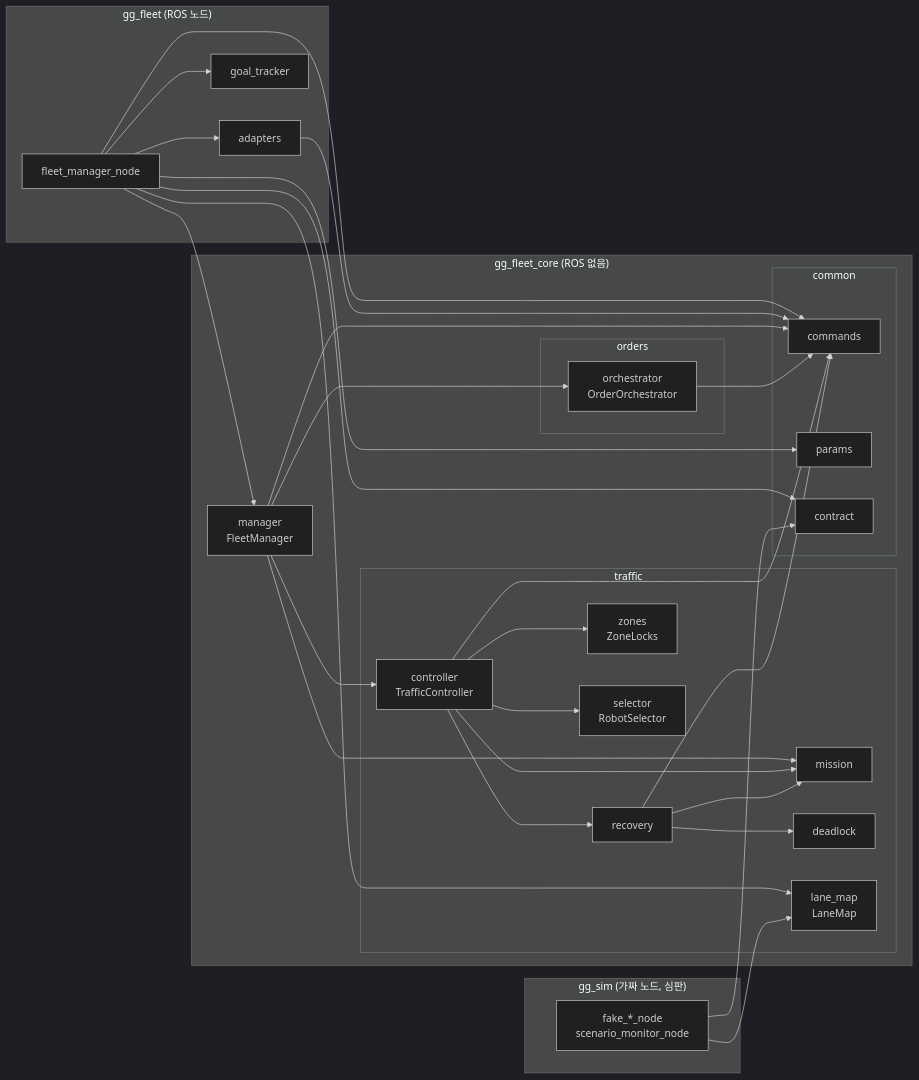
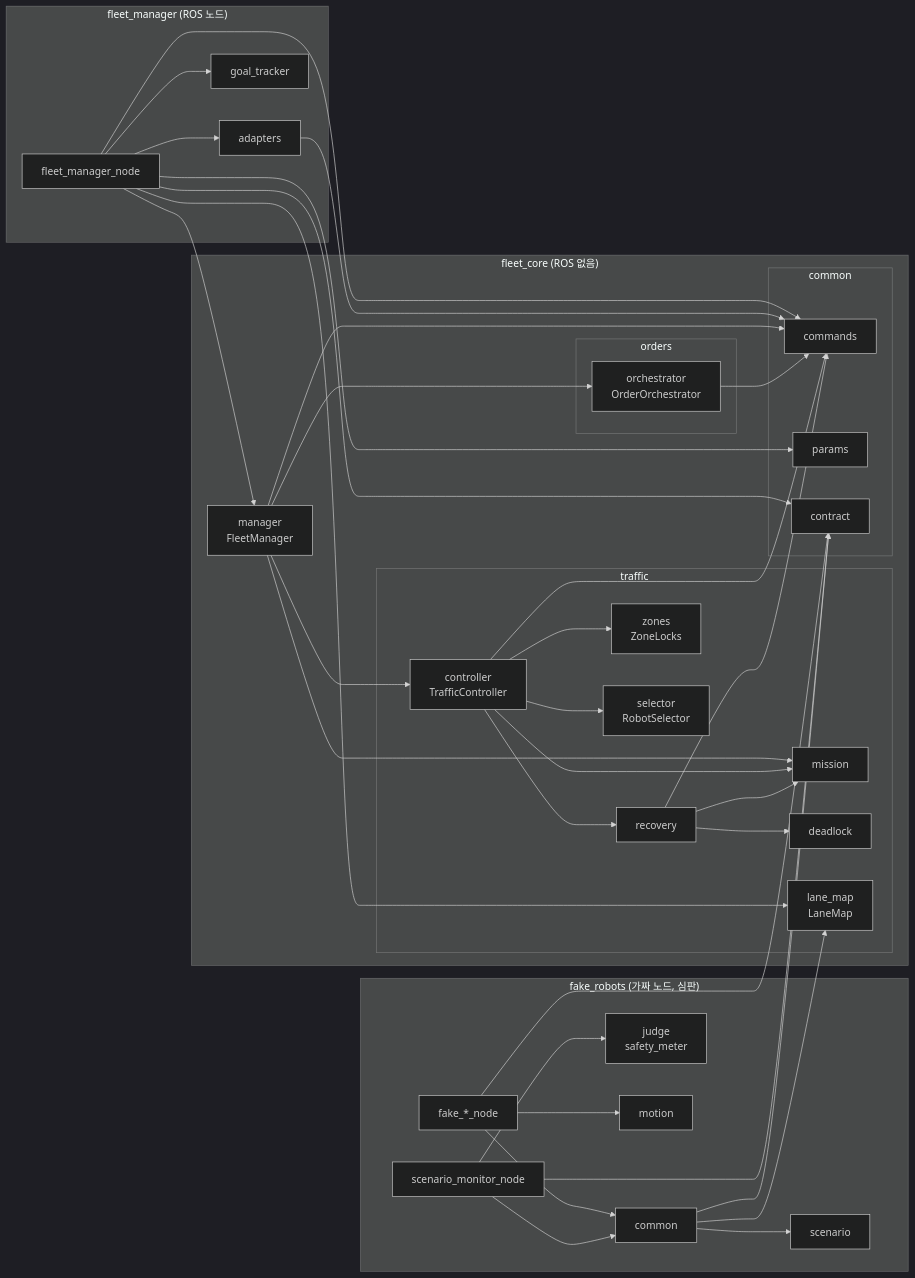
The first of 2 diagrams in README.md (PJW-1/roscamp-freefloor), drawn with Mermaid (dark theme) before and after one commit. The commit also changed other lines of this file and 207 other files, not shown here.

````diff
--- a/README.md
+++ b/README.md
@@ -13,38 +13,45 @@
 ```mermaid
 flowchart LR
-  subgraph fleet["gg_fleet (ROS 노드)"]
+  subgraph fleet["fleet_manager (ROS 노드)"]
     fmnode["fleet_manager_node"]
     adapters["adapters"]
     tracker["goal_tracker"]
   end
-  subgraph core["gg_fleet_core (ROS 없음)"]
+  subgraph core["fleet_core (ROS 없음)"]
     manager["manager<br/>FleetManager"]
     subgraph orders["orders"]
       orch["orchestrator<br/>OrderOrchestrator"]
     end
     subgraph traffic["traffic"]
       ctrl["controller<br/>TrafficController"]
       mission["mission"]
       recovery["recovery"]
       zones["zones<br/>ZoneLocks"]
       selector["selector<br/>RobotSelector"]
       deadlock["deadlock"]
       lanemap["lane_map<br/>LaneMap"]
     end
     subgraph common["common"]
       commands["commands"]
       params["params"]
       contract["contract"]
     end
   end
-  subgraph sim["gg_sim (가짜 노드, 심판)"]
-    fakes["fake_*_node<br/>scenario_monitor_node"]
+  subgraph sim["fake_robots (가짜 노드, 심판)"]
+    fakes["fake_*_node"]
+    monitor["scenario_monitor_node"]
+    simcommon["common"]
+    scenario["scenario"]
+    judge["judge<br/>safety_meter"]
+    motion["motion"]
   end
   fmnode --> adapters & tracker & manager & lanemap & contract & params & commands
   adapters --> commands
   manager --> orch & ctrl & mission & commands
   orch --> commands
   ctrl --> mission & recovery & zones & selector & commands
   recovery --> mission & deadlock & commands
-  fakes --> contract & lanemap
+  fakes --> simcommon & motion & contract
+  monitor --> simcommon & judge & contract
+  simcommon --> scenario & contract & lanemap
 ```
````
